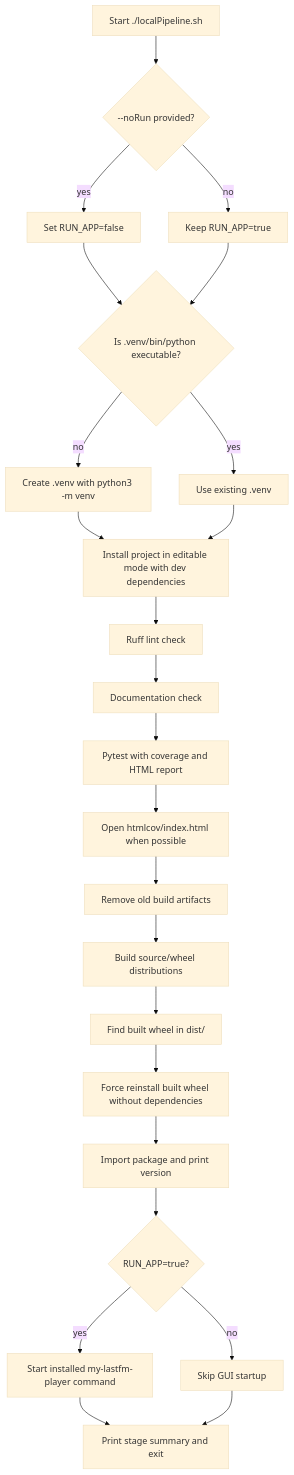
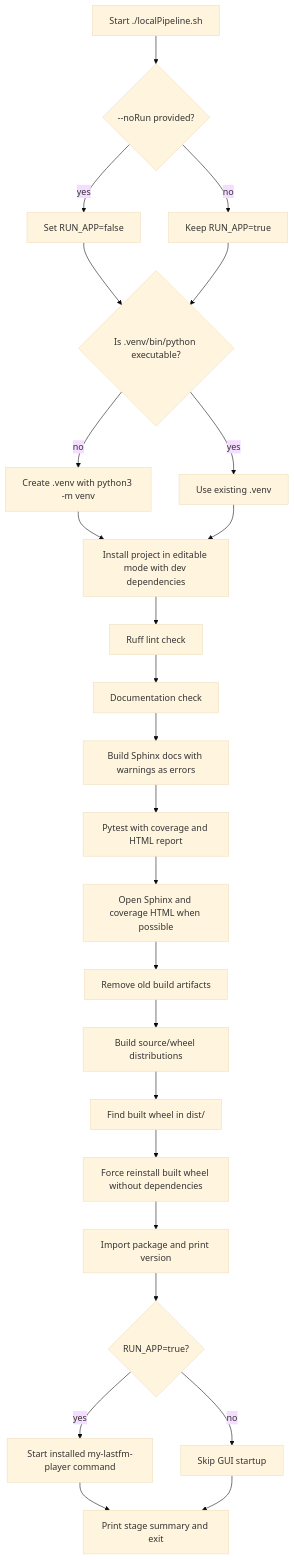
The third of 3 diagrams in README.md (marcelpetrick/myLastFmPlayer), drawn with Mermaid (base theme) before and after one commit. The commit also changed other lines of this file and 5 other files, not shown here.

````diff
--- a/README.md
+++ b/README.md
@@ -172,26 +172,27 @@
 ```mermaid
 flowchart TD
     A["Start ./localPipeline.sh"] --> B{"--noRun provided?"}
     B -->|yes| C["Set RUN_APP=false"]
     B -->|no| D["Keep RUN_APP=true"]
     C --> E{"Is .venv/bin/python executable?"}
     D --> E
     E -->|no| F["Create .venv with python3 -m venv"]
     E -->|yes| G["Use existing .venv"]
     F --> H["Install project in editable mode with dev dependencies"]
     G --> H
     H --> I["Ruff lint check"]
     I --> J["Documentation check"]
-    J --> K["Pytest with coverage and HTML report"]
-    K --> L["Open htmlcov/index.html when possible"]
-    L --> M["Remove old build artifacts"]
-    M --> N["Build source/wheel distributions"]
-    N --> O["Find built wheel in dist/"]
-    O --> P["Force reinstall built wheel without dependencies"]
-    P --> Q["Import package and print version"]
-    Q --> R{"RUN_APP=true?"}
-    R -->|yes| S["Start installed my-lastfm-player command"]
-    R -->|no| T["Skip GUI startup"]
-    S --> U["Print stage summary and exit"]
-    T --> U
+    J --> K["Build Sphinx docs with warnings as errors"]
+    K --> L["Pytest with coverage and HTML report"]
+    L --> M["Open Sphinx and coverage HTML when possible"]
+    M --> N["Remove old build artifacts"]
+    N --> O["Build source/wheel distributions"]
+    O --> P["Find built wheel in dist/"]
+    P --> Q["Force reinstall built wheel without dependencies"]
+    Q --> R["Import package and print version"]
+    R --> S{"RUN_APP=true?"}
+    S -->|yes| T["Start installed my-lastfm-player command"]
+    S -->|no| U["Skip GUI startup"]
+    T --> V["Print stage summary and exit"]
+    U --> V
 ```
````
